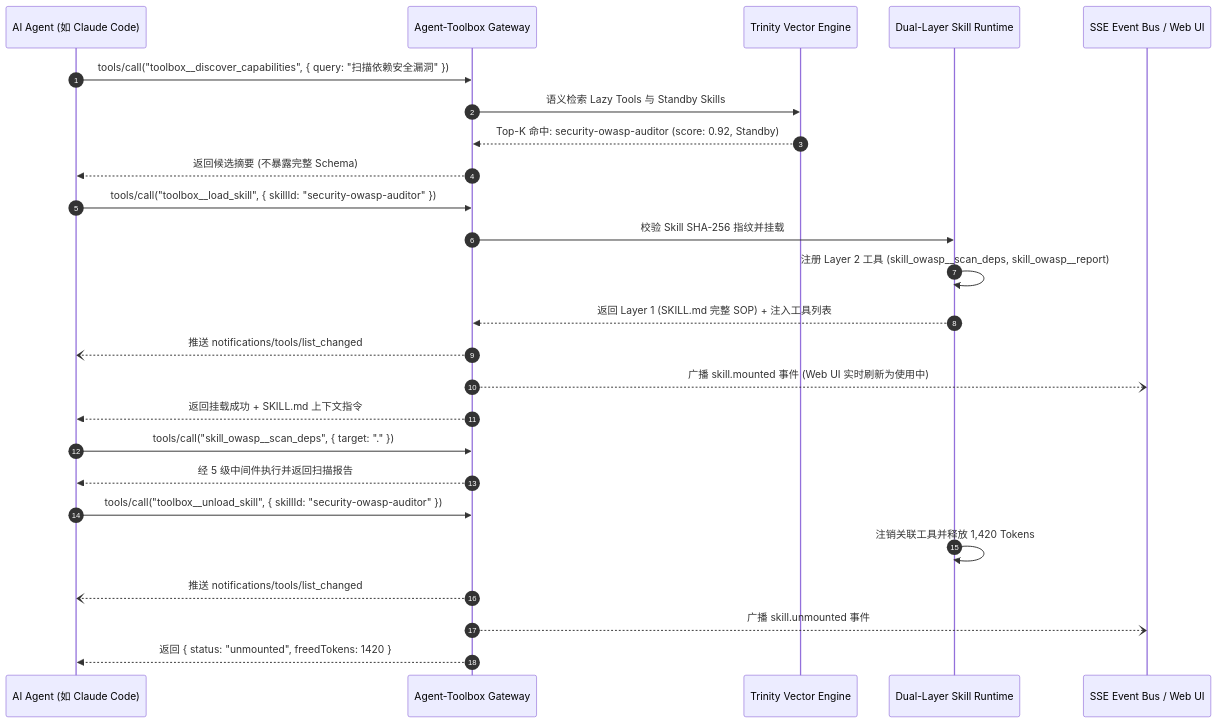
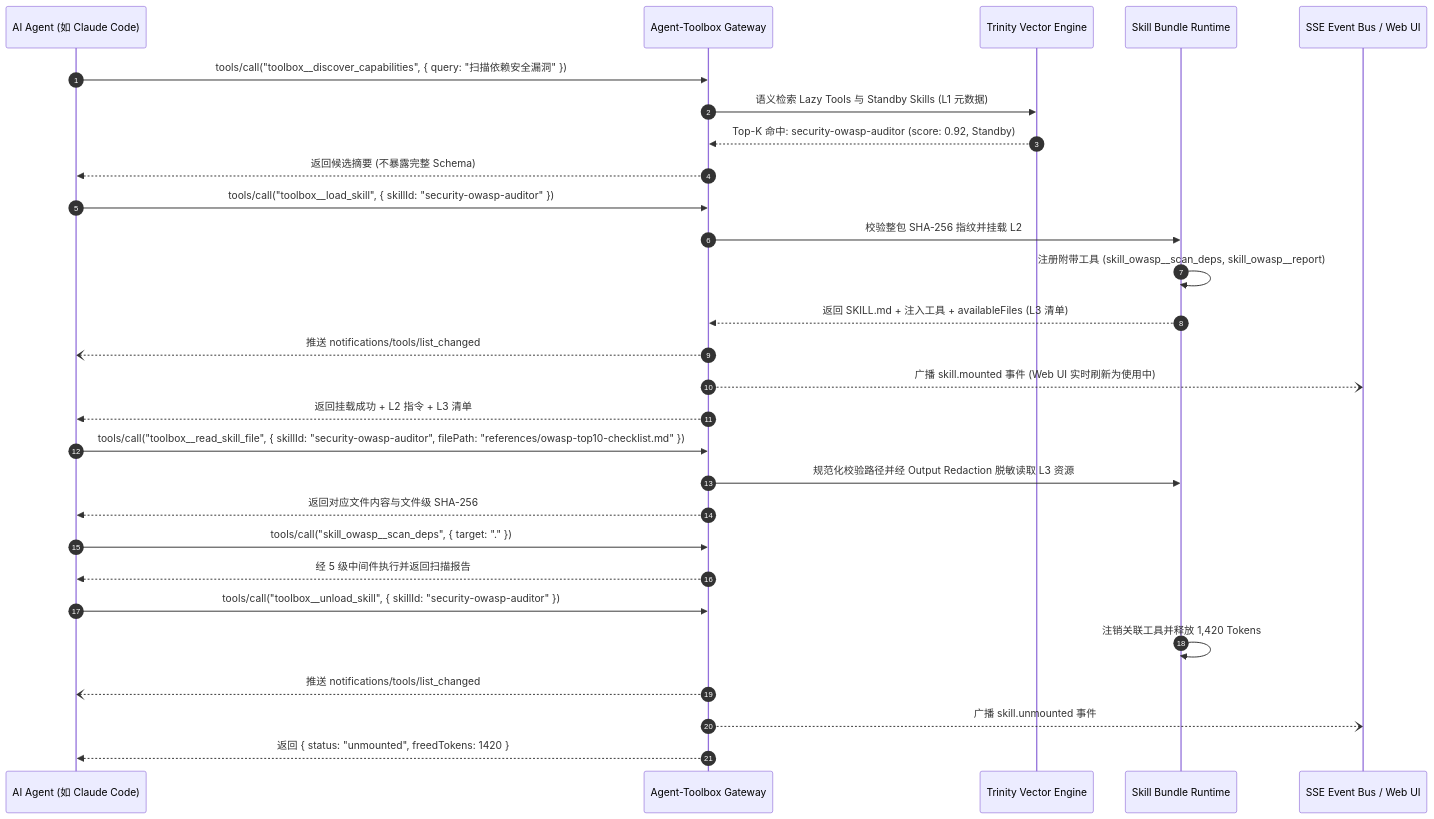
Before and after one commit to lwpk110/Agent-Toolbox: the fourth of 5 diagrams in docs/architecture.md, drawn with Mermaid. The commit also changed other lines of this file and 11 other files, not shown here.

````diff
--- a/docs/architecture.md
+++ b/docs/architecture.md
@@ -140,31 +145,35 @@
 ```mermaid
 sequenceDiagram
     autonumber
     participant Agent as AI Agent (如 Claude Code)
     participant GW as Agent-Toolbox Gateway
     participant Vec as Trinity Vector Engine
-    participant RT as Dual-Layer Skill Runtime
+    participant RT as Skill Bundle Runtime
     participant Bus as SSE Event Bus / Web UI
 
     Agent->>GW: tools/call("toolbox__discover_capabilities", { query: "扫描依赖安全漏洞" })
-    GW->>Vec: 语义检索 Lazy Tools 与 Standby Skills
+    GW->>Vec: 语义检索 Lazy Tools 与 Standby Skills (L1 元数据)
     Vec-->>GW: Top-K 命中: security-owasp-auditor (score: 0.92, Standby)
     GW-->>Agent: 返回候选摘要 (不暴露完整 Schema)
 
     Agent->>GW: tools/call("toolbox__load_skill", { skillId: "security-owasp-auditor" })
-    GW->>RT: 校验 Skill SHA-256 指纹并挂载
-    RT->>RT: 注册 Layer 2 工具 (skill_owasp__scan_deps, skill_owasp__report)
-    RT-->>GW: 返回 Layer 1 (SKILL.md 完整 SOP) + 注入工具列表
+    GW->>RT: 校验整包 SHA-256 指纹并挂载 L2
+    RT->>RT: 注册附带工具 (skill_owasp__scan_deps, skill_owasp__report)
+    RT-->>GW: 返回 SKILL.md + 注入工具 + availableFiles (L3 清单)
     GW--)Agent: 推送 notifications/tools/list_changed
     GW--)Bus: 广播 skill.mounted 事件 (Web UI 实时刷新为使用中)
-    GW-->>Agent: 返回挂载成功 + SKILL.md 上下文指令
+    GW-->>Agent: 返回挂载成功 + L2 指令 + L3 清单
+
+    Agent->>GW: tools/call("toolbox__read_skill_file", { skillId: "security-owasp-auditor", filePath: "references/owasp-top10-checklist.md" })
+    GW->>RT: 规范化校验路径并经 Output Redaction 脱敏读取 L3 资源
+    GW-->>Agent: 返回对应文件内容与文件级 SHA-256
 
     Agent->>GW: tools/call("skill_owasp__scan_deps", { target: "." })
     GW-->>Agent: 经 5 级中间件执行并返回扫描报告
 
     Agent->>GW: tools/call("toolbox__unload_skill", { skillId: "security-owasp-auditor" })
     RT->>RT: 注销关联工具并释放 1,420 Tokens
     GW--)Agent: 推送 notifications/tools/list_changed
     GW--)Bus: 广播 skill.unmounted 事件
     GW-->>Agent: 返回 { status: "unmounted", freedTokens: 1420 }
 ```
````
